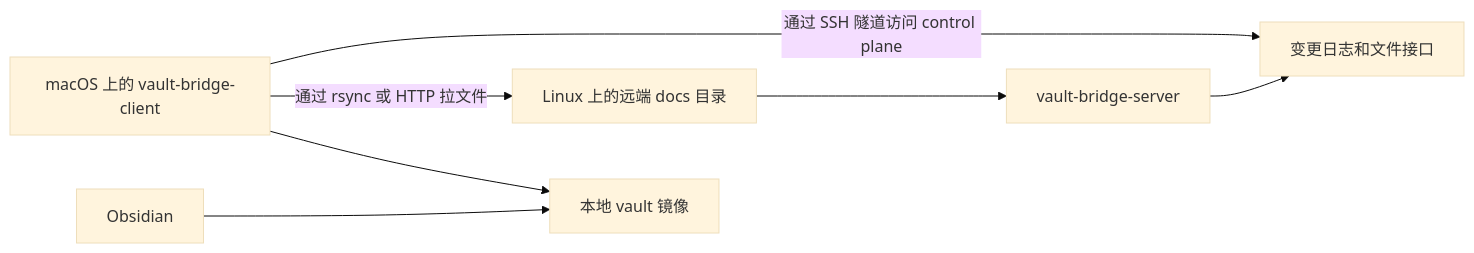
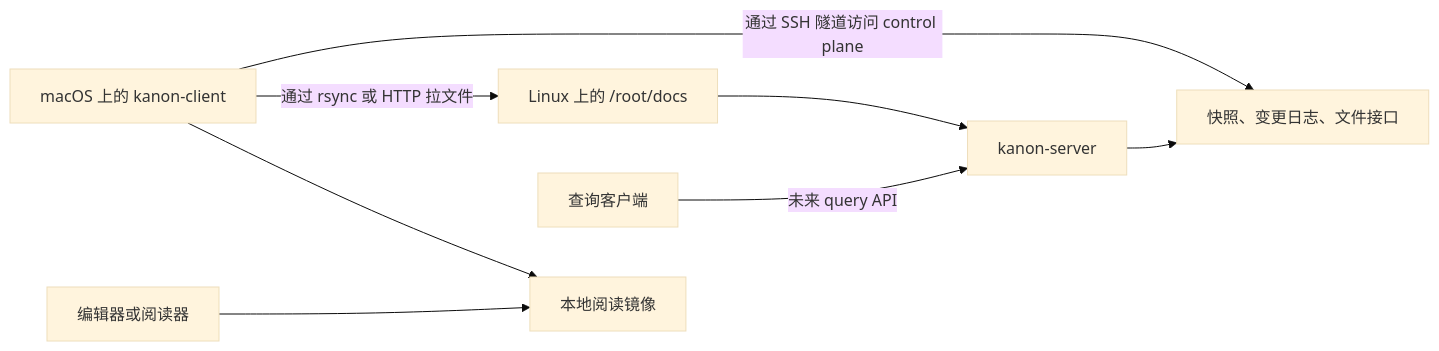
One commit to NolanHo/kanon changed the diagram in README_zh.md. Above: the diagram before and after it, drawn with Mermaid (base theme). The commit also changed other lines of this file and 18 other files, not shown here.

Commit message:
refactor: rename vault bridge to kanon

````diff
--- a/README_zh.md
+++ b/README_zh.md
@@ -37,9 +35,10 @@
 ```mermaid
 flowchart LR
-    A[Linux 上的远端 docs 目录] --> B[vault-bridge-server]
-    B --> C[变更日志和文件接口]
-    D[macOS 上的 vault-bridge-client] -->|通过 SSH 隧道访问 control plane| C
+    A[Linux 上的 /root/docs] --> B[kanon-server]
+    B --> C[快照、变更日志、文件接口]
+    D[macOS 上的 kanon-client] -->|通过 SSH 隧道访问 control plane| C
     D -->|通过 rsync 或 HTTP 拉文件| A
-    D --> E[本地 vault 镜像]
-    F[Obsidian] --> E
+    D --> E[本地阅读镜像]
+    F[编辑器或阅读器] --> E
+    G[查询客户端] -->|未来 query API| B
 ```
````
